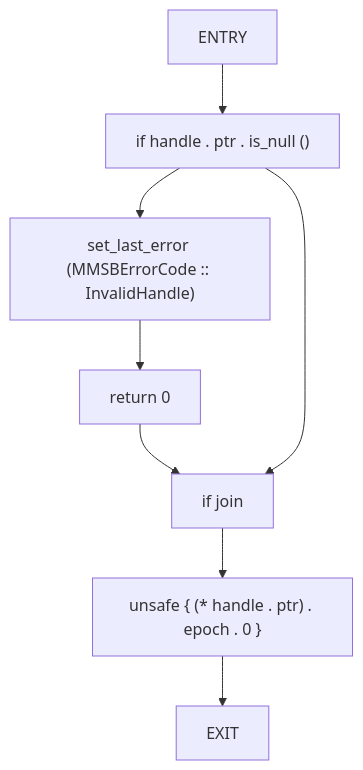
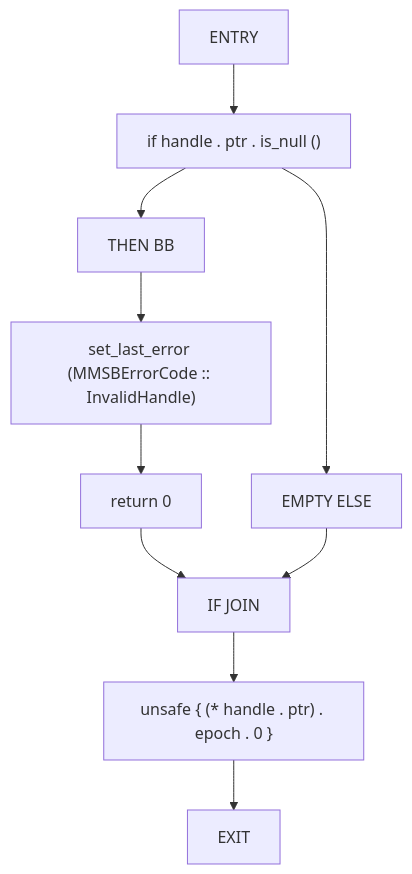
One commit to cicero-violate/MMSB changed diagram 19 of 56 in docs/analysis/cfg/080-src-ffi_rs.md. Above: the diagram before and after it, drawn with Mermaid. The commit also changed other lines of this file and 865 other files, not shown here.

````diff
--- a/docs/analysis/cfg/080-src-ffi_rs.md
+++ b/docs/analysis/cfg/080-src-ffi_rs.md
@@ -664,17 +676,21 @@
 ```mermaid
 flowchart TD
     mmsb_delta_epoch_0["ENTRY"]
     mmsb_delta_epoch_1["if handle . ptr . is_null ()"]
-    mmsb_delta_epoch_2["set_last_error (MMSBErrorCode :: InvalidHandle)"]
-    mmsb_delta_epoch_3["return 0"]
-    mmsb_delta_epoch_4["if join"]
-    mmsb_delta_epoch_5["unsafe { (* handle . ptr) . epoch . 0 }"]
-    mmsb_delta_epoch_6["EXIT"]
+    mmsb_delta_epoch_2["THEN BB"]
+    mmsb_delta_epoch_3["set_last_error (MMSBErrorCode :: InvalidHandle)"]
+    mmsb_delta_epoch_4["return 0"]
+    mmsb_delta_epoch_5["EMPTY ELSE"]
+    mmsb_delta_epoch_6["IF JOIN"]
+    mmsb_delta_epoch_7["unsafe { (* handle . ptr) . epoch . 0 }"]
+    mmsb_delta_epoch_8["EXIT"]
     mmsb_delta_epoch_0 --> mmsb_delta_epoch_1
     mmsb_delta_epoch_1 --> mmsb_delta_epoch_2
     mmsb_delta_epoch_2 --> mmsb_delta_epoch_3
     mmsb_delta_epoch_3 --> mmsb_delta_epoch_4
-    mmsb_delta_epoch_1 --> mmsb_delta_epoch_4
-    mmsb_delta_epoch_4 --> mmsb_delta_epoch_5
+    mmsb_delta_epoch_1 --> mmsb_delta_epoch_5
+    mmsb_delta_epoch_4 --> mmsb_delta_epoch_6
     mmsb_delta_epoch_5 --> mmsb_delta_epoch_6
+    mmsb_delta_epoch_6 --> mmsb_delta_epoch_7
+    mmsb_delta_epoch_7 --> mmsb_delta_epoch_8
 ```
````
